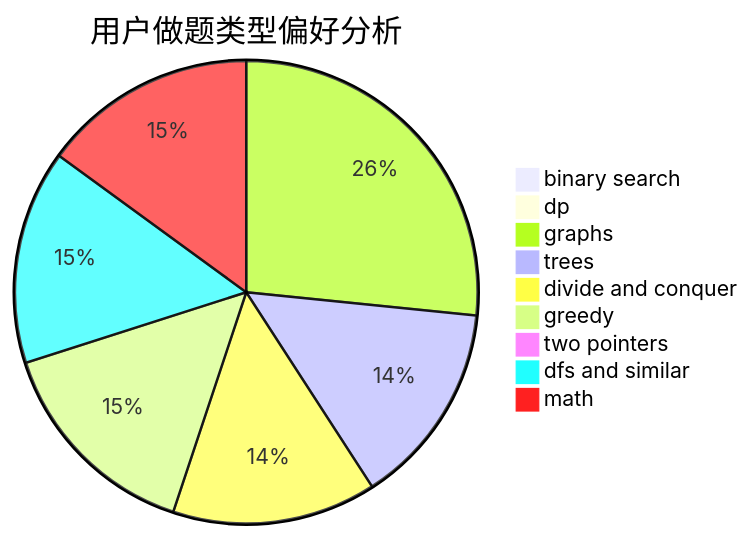
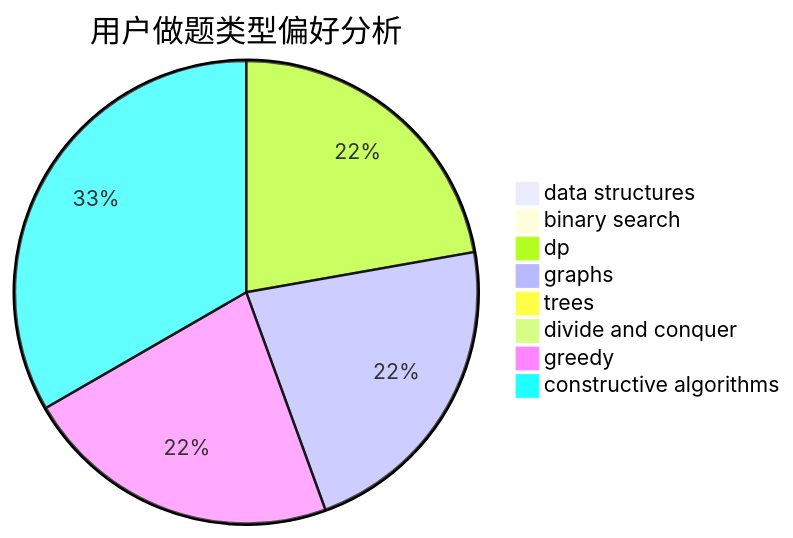
Before and after one commit to sherpahu/cfrs.github.io: the second of 3 diagrams in docs/user/u503.md, drawn with Mermaid. The commit also changed other lines of this file and 2775 other files, not shown here.

````diff
--- a/docs/user/u503.md
+++ b/docs/user/u503.md
@@ -23,12 +23,11 @@
 ```mermaid
 pie title 用户做题类型偏好分析
+    "data structures" :  0
     "binary search" :  0
     "dp" :  6
-    "graphs" :  224
-    "trees" :  120
-    "divide and conquer" :  120
-    "greedy" :  126
-    "two pointers" :  0
-    "dfs and similar" :  126
-    "math" :  126
+    "graphs" :  6
+    "trees" :  0
+    "divide and conquer" :  0
+    "greedy" :  6
+    "constructive algorithms" :  9
 ```
````
